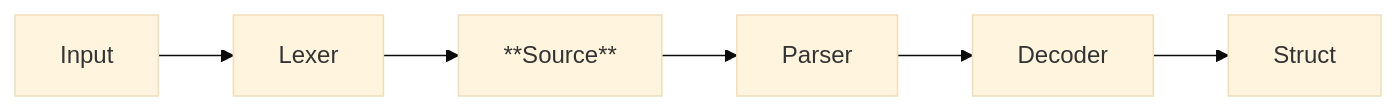
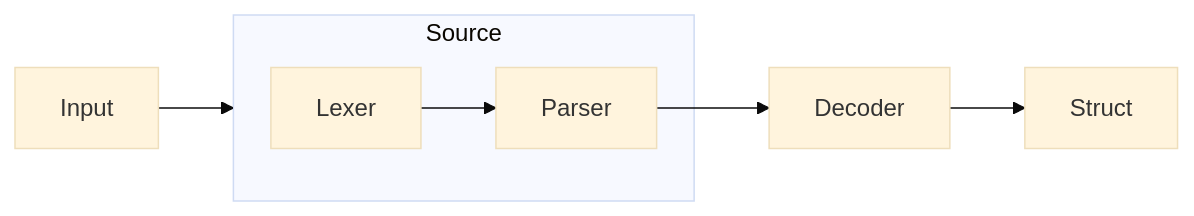
One commit to MacroPower/niceyaml changed the diagram in README.md. Above: the diagram before and after it, drawn with Mermaid (base theme). The commit also changed other lines of this file and 11 other files, not shown here.

````diff
--- a/README.md
+++ b/README.md
@@ -55,8 +56,10 @@
 ```mermaid
 flowchart LR
-    A["Input"] --> B["Lexer"]
-    B --> C["**Source**"]
-    C --> D["Parser"]
-    D --> E["Decoder"]
-    E --> F["Struct"]
+    A["Input"]
+    subgraph Source
+        B["Lexer"] --> C["Parser"]
+    end
+    A --> Source
+    C --> D["Decoder"]
+    D --> E["Struct"]
 ```
````
